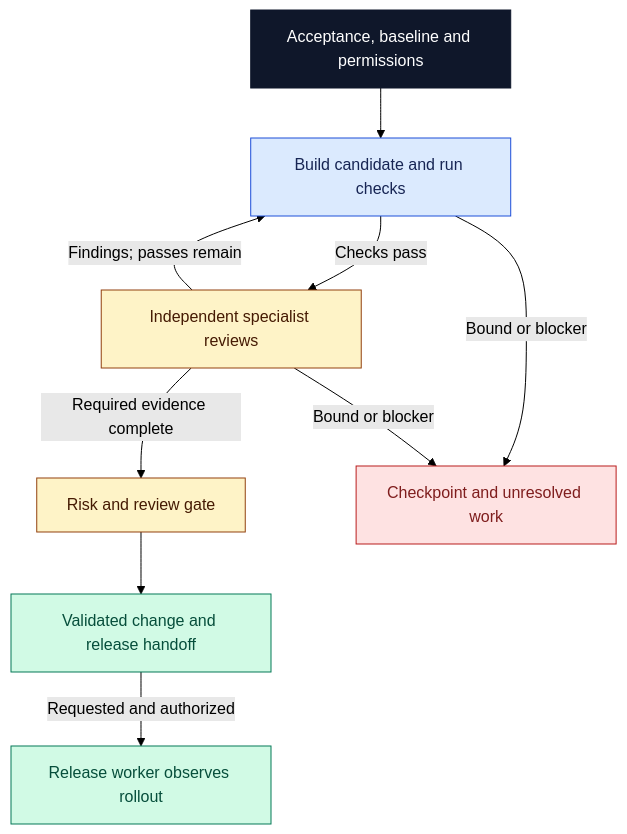
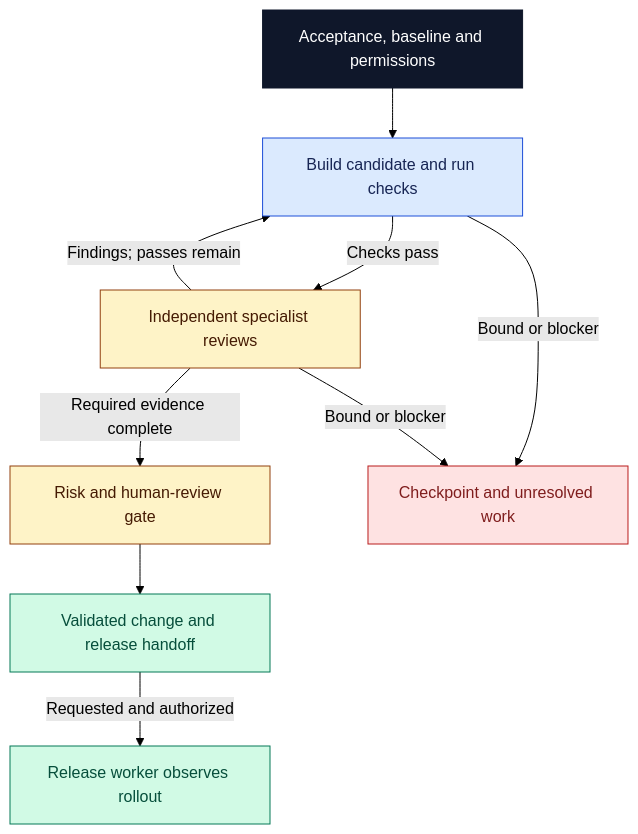
Before and after one commit to DanMcInerney/orchflows: the diagram in example-workflows/software-factory/README.md, drawn with Mermaid (forest theme). The commit also changed other lines of this file and 1 other file, not shown here.

Commit message:
F29: software-factory names the human-review gate

````diff
--- a/example-workflows/software-factory/README.md
+++ b/example-workflows/software-factory/README.md
@@ -18,21 +18,21 @@
 ```mermaid
 flowchart TD
     B["Acceptance, baseline and permissions"] --> C["Build candidate and run checks"]
     C -->|Checks pass| R["Independent specialist reviews"]
     R -->|Findings; passes remain| C
-    R -->|Required evidence complete| G["Risk and review gate"]
+    R -->|Required evidence complete| G["Risk and human-review gate"]
     G --> H["Validated change and release handoff"]
     H -->|Requested and authorized| D["Release worker observes rollout"]
     C -->|Bound or blocker| X["Checkpoint and unresolved work"]
     R -->|Bound or blocker| X
     classDef input fill:#0F172A,color:#FFFFFF,stroke:#0F172A
     classDef work fill:#DBEAFE,color:#172554,stroke:#1D4ED8
     classDef review fill:#FEF3C7,color:#451A03,stroke:#92400E
     classDef result fill:#D1FAE5,color:#064E3B,stroke:#047857
     classDef stop fill:#FEE2E2,color:#7F1D1D,stroke:#B91C1C
     class B input
     class C work
     class R,G review
     class H,D result
     class X stop
 ```
````
